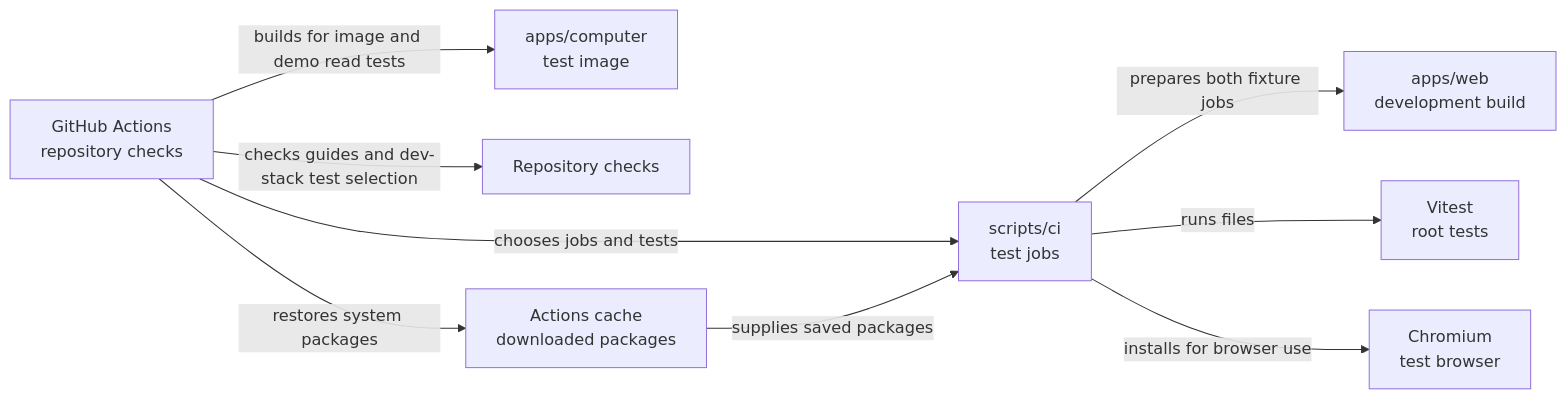
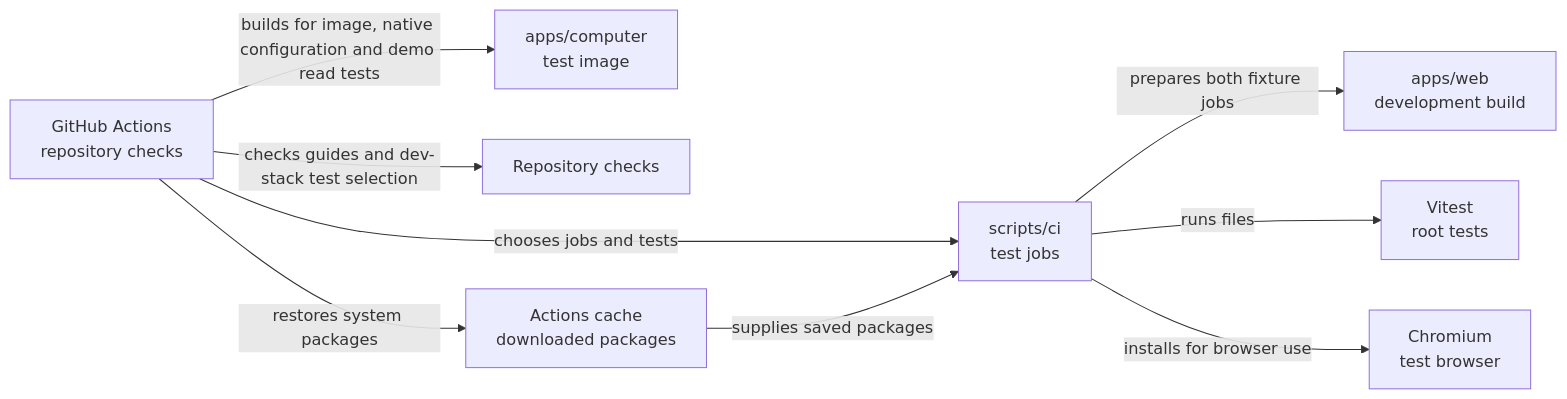
The diagram in scripts/ci/README.md (elewa-git/opencrane-new), drawn with Mermaid before and after one commit. The commit also changed other lines of this file and 10 other files, not shown here.

````diff
--- a/scripts/ci/README.md
+++ b/scripts/ci/README.md
@@ -13,11 +13,11 @@
 ```mermaid
 flowchart LR
   actions["GitHub Actions<br/>repository checks"] -->|chooses jobs and tests| ci["scripts/ci<br/>test jobs"]
   ci -->|prepares both fixture jobs| web["apps/web<br/>development build"]
   ci -->|runs files| vitest["Vitest<br/>root tests"]
-  actions -->|builds for image and demo read tests| computer["apps/computer<br/>test image"]
+  actions -->|builds for image, native configuration and demo read tests| computer["apps/computer<br/>test image"]
   actions -->|checks guides and dev-stack test selection| guards["Repository checks"]
   ci -->|installs for browser use| chromium["Chromium<br/>test browser"]
   actions -->|restores system packages| cache["Actions cache<br/>downloaded packages"]
   cache -->|supplies saved packages| ci
 ```
````
